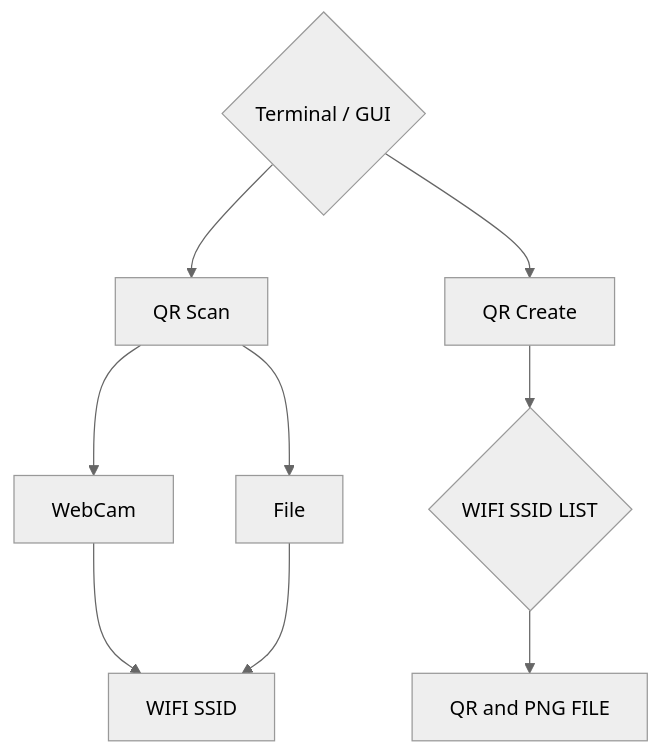
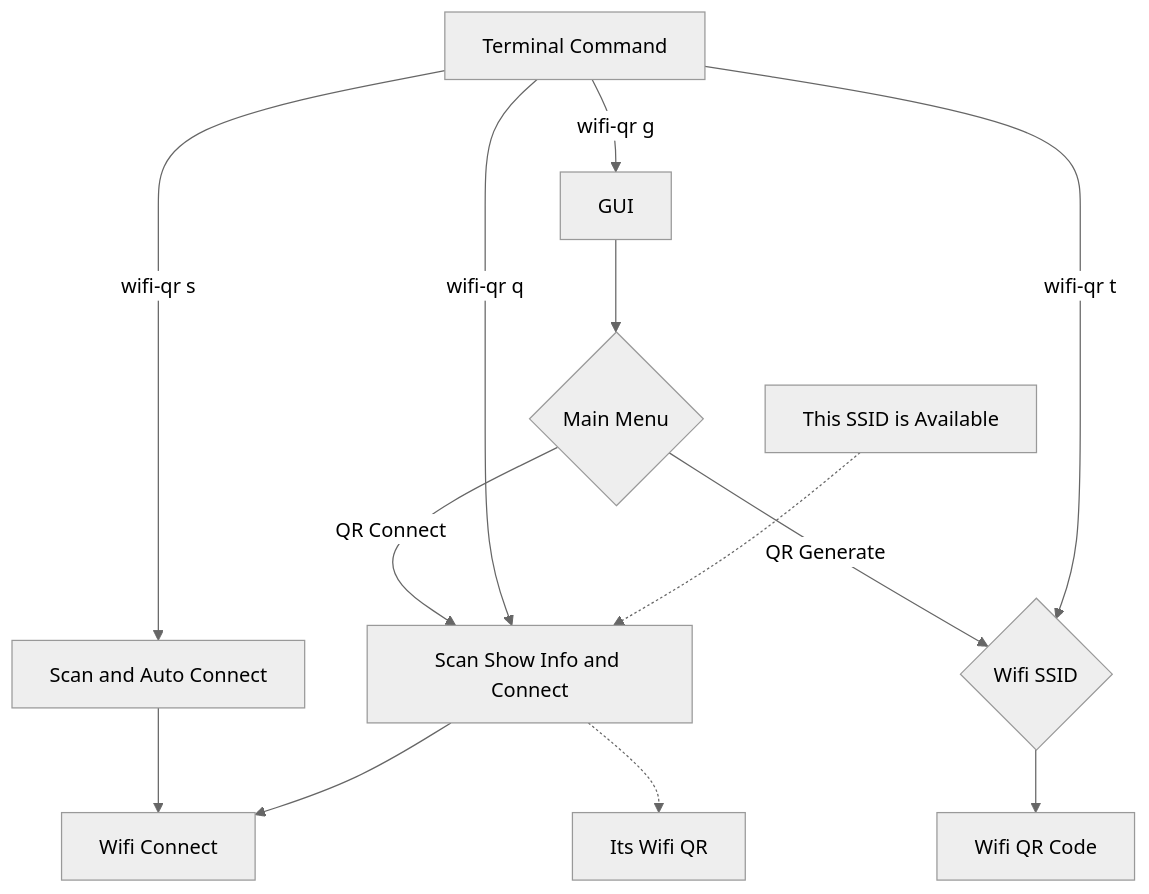
The diagram in README.md (kokoye2007/wifi-qr), drawn with Mermaid (neutral theme) before and after one commit. The commit also changed other lines of this file and 8 other files, not shown here.

````diff
--- a/README.md
+++ b/README.md
@@ -102,20 +63,18 @@
 ```mermaid
 graph TD
-T{Terminal / GUI}
-S[QR Scan]
-W[WebCam]
-F[File]
-Q[QR Create]
-SSID[WIFI SSID]
-PNG[QR and PNG FILE]
-SSID_LIST{WIFI SSID LIST}
 
 
-T --> S
-S --> W --> SSID
-S --> F --> SSID
 
-
-T --> Q
-Q --> SSID_LIST --> PNG
+G[GUI] --> A{Main Menu}
+A -- QR Connect --> Q[Scan Show Info and Connect]
+T[Terminal Command] -- wifi-qr g--> G
+T -- wifi-qr s--> S[Scan and Auto Connect]
+T -- wifi-qr q--> Q
+S --> C[Wifi Connect]
+Q --> C
+A -- QR Generate --> F{Wifi SSID}
+T -- wifi-qr t--> F
+F --> QR[Wifi QR Code]
+Q -.-> WIFIN[Its Wifi QR]
+WIFIA[This SSID is Available]-.->Q
 ```
````
